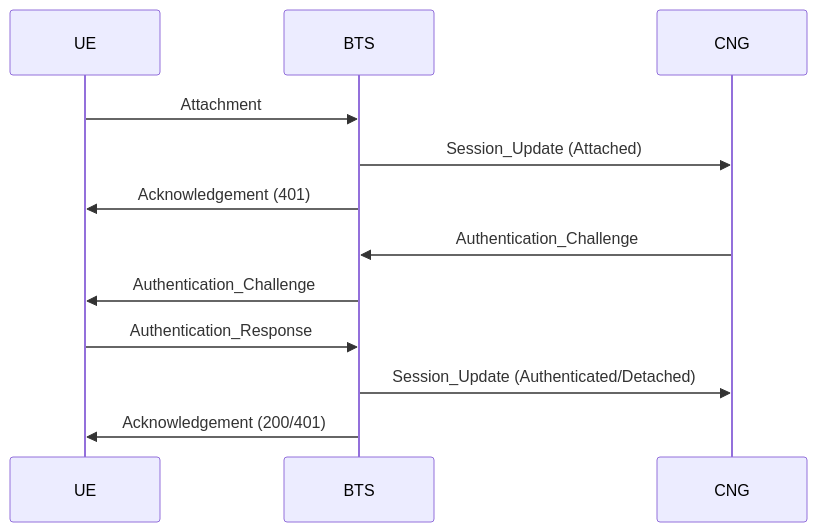
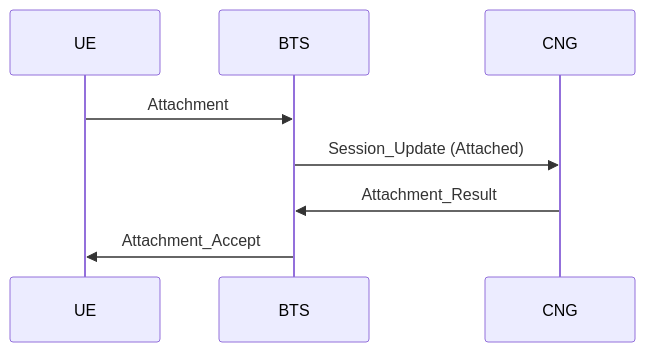
Before and after one commit to samuelh2005/cc-telecom: the second of 3 diagrams in docs/layer1.md, drawn with Mermaid. The commit also changed other lines of this file, not shown here.

First line of the commit message:
refactor(docs): simplify Layer 1 protocol by removing authentication and handover

````diff
--- a/docs/layer1.md
+++ b/docs/layer1.md
@@ -268,15 +185,11 @@
 ```mermaid
 sequenceDiagram
     participant UE
     participant BTS
     participant CNG
 
     UE->>BTS: Attachment
     BTS->>CNG: Session_Update (Attached)
-    BTS->>UE: Acknowledgement (401)
-    CNG->>BTS: Authentication_Challenge
-    BTS->>UE: Authentication_Challenge
-    UE->>BTS: Authentication_Response
-    BTS->>CNG: Session_Update (Authenticated/Detached)
-    BTS->>UE: Acknowledgement (200/401)
+    CNG->>BTS: Attachment_Result
+    BTS->>UE: Attachment_Accept
 ```
````
